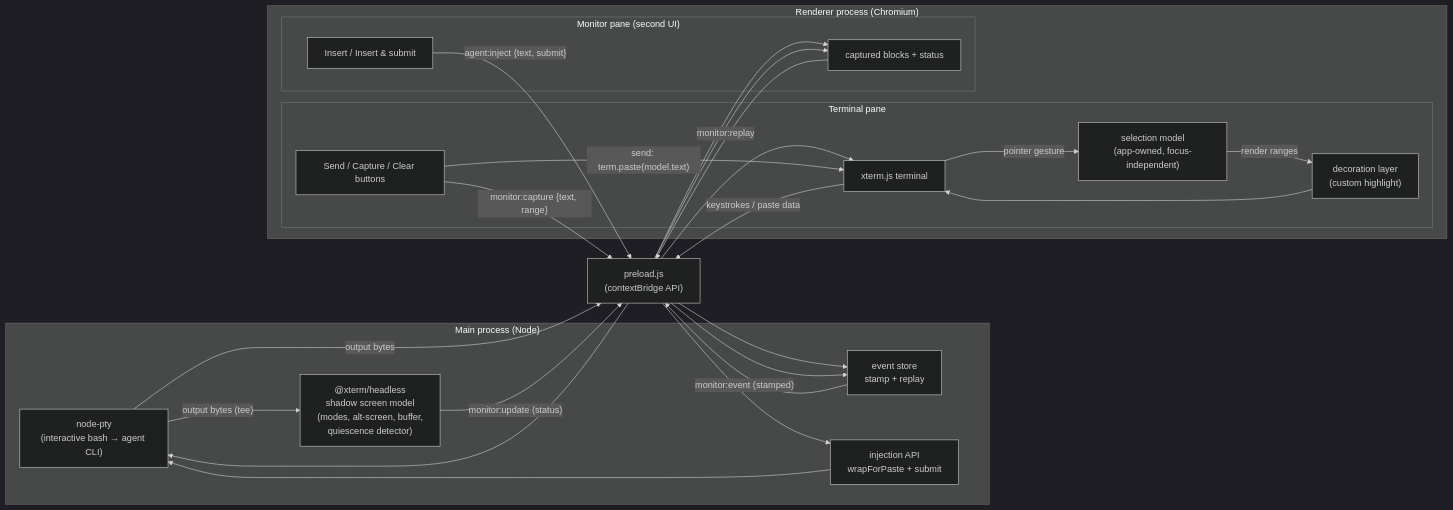
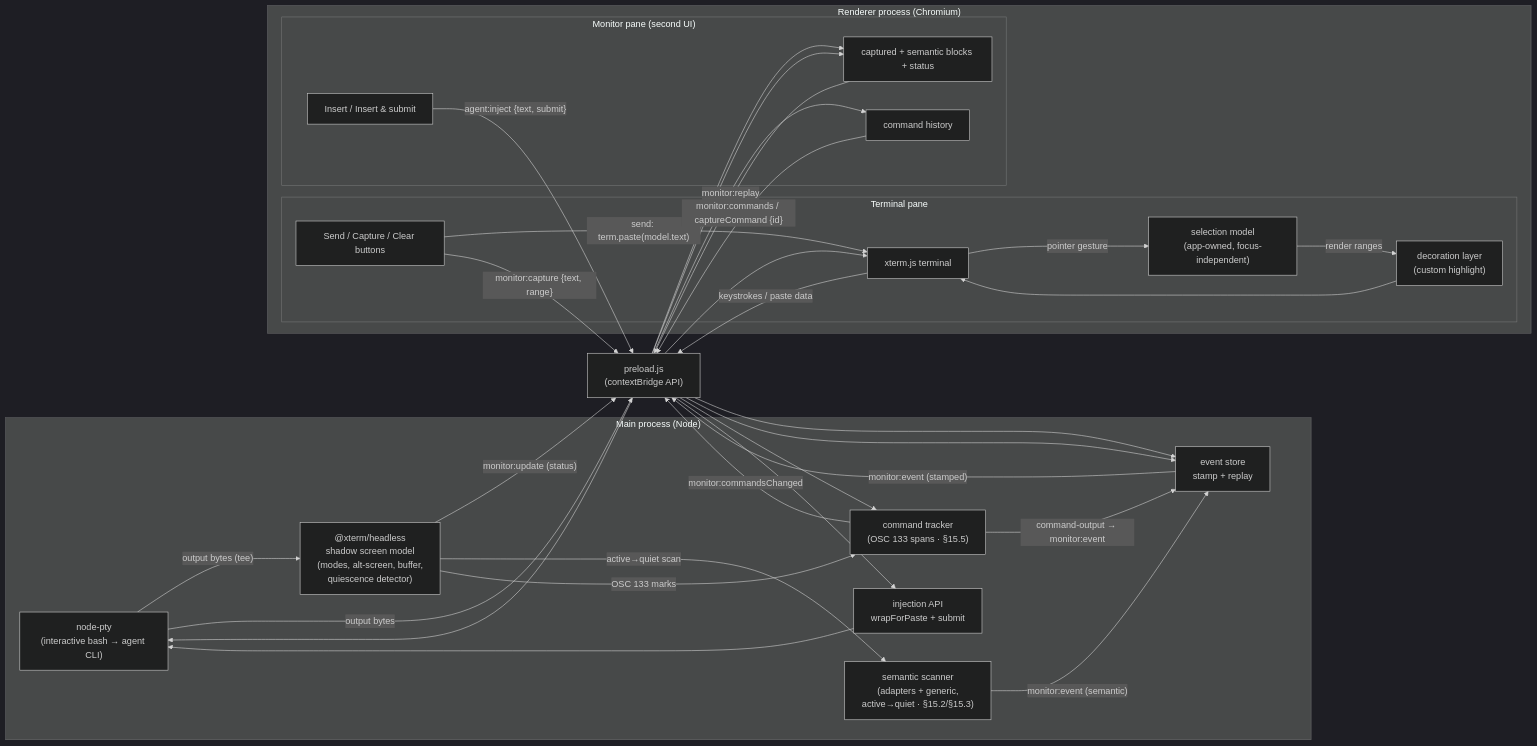
Before and after one commit to dylanb/agent-terminal: the diagram in terminal-web-ui-spec.md, drawn with Mermaid (dark theme). The commit also changed other lines of this file and 20 other files, not shown here.

````diff
--- a/terminal-web-ui-spec.md
+++ b/terminal-web-ui-spec.md
@@ -79,34 +79,43 @@
 ```mermaid
 flowchart LR
     subgraph Main["Main process (Node)"]
         PTY["node-pty<br/>(interactive bash → agent CLI)"]
         SHADOW["@xterm/headless<br/>shadow screen model<br/>(modes, alt-screen, buffer,<br/>quiescence detector)"]
+        SCAN["semantic scanner<br/>(adapters + generic,<br/>active→quiet · §15.2/§15.3)"]
+        CMD["command tracker<br/>(OSC 133 spans · §15.5)"]
         STORE["event store<br/>stamp + replay"]
         INJ["injection API<br/>wrapForPaste + submit"]
     end
     subgraph Renderer["Renderer process (Chromium)"]
         subgraph TermPane["Terminal pane"]
             XT["xterm.js terminal"]
             SELMODEL["selection model<br/>(app-owned, focus-independent)"]
             DECO["decoration layer<br/>(custom highlight)"]
             BTN["Send / Capture / Clear buttons"]
         end
         subgraph MonPane["Monitor pane (second UI)"]
-            LIST["captured blocks + status"]
+            LIST["captured + semantic blocks + status"]
+            HIST["command history"]
             ACT["Insert / Insert & submit"]
         end
     end
     Preload["preload.js<br/>(contextBridge API)"]
 
     PTY -- "output bytes (tee)" --> SHADOW
     PTY -- "output bytes" --> Preload --> XT
     XT -- "keystrokes / paste data" --> Preload --> PTY
     XT -- "pointer gesture" --> SELMODEL
     SELMODEL -- "render ranges" --> DECO --> XT
     BTN -- "send: term.paste(model.text)" --> XT
     BTN -- "monitor:capture {text, range}" --> Preload --> STORE
     STORE -- "monitor:event (stamped)" --> Preload --> LIST
     LIST -- "monitor:replay" --> Preload --> STORE
     SHADOW -- "monitor:update (status)" --> Preload --> LIST
+    SHADOW -- "active→quiet scan" --> SCAN
+    SCAN -- "monitor:event (semantic)" --> STORE
+    SHADOW -- "OSC 133 marks" --> CMD
+    CMD -- "monitor:commandsChanged" --> Preload --> HIST
+    HIST -- "monitor:commands / captureCommand {id}" --> Preload --> CMD
+    CMD -- "command-output → monitor:event" --> STORE
     ACT -- "agent:inject {text, submit}" --> Preload --> INJ --> PTY
 ```
````
